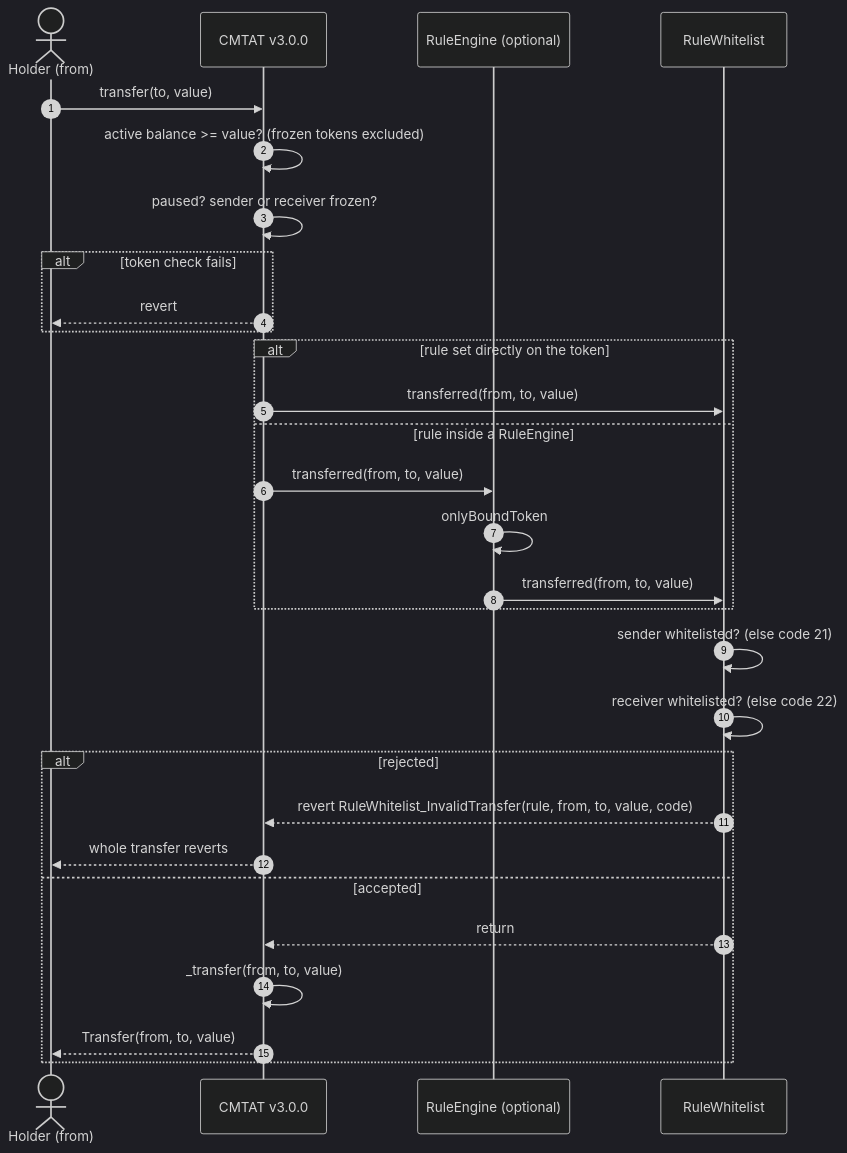
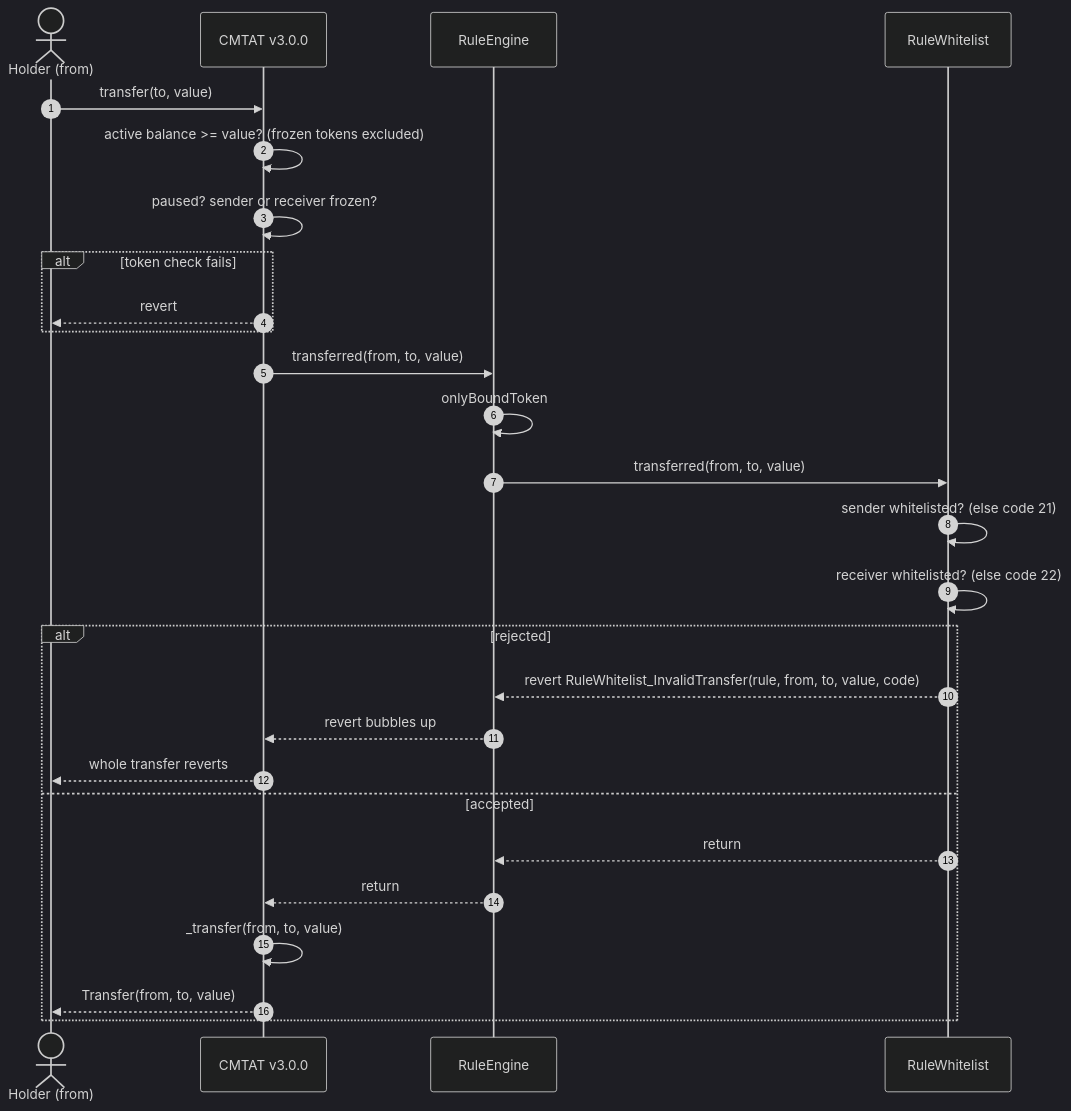
One commit to CMTA/Rules changed the fourth of 4 diagrams in doc/technical/guides/DEPLOY_RULE_WHITELIST_CMTAT_V3.0.0.md. Above: the diagram before and after it, drawn with Mermaid (dark theme). The commit also changed other lines of this file and 18 other files, not shown here.

Commit message:
docs: split the RuleWhitelist mint and transfer diagrams into rule-on-token and RuleEngine versions, and explain the Schema diagrams on each contract page

````diff
--- a/doc/technical/guides/DEPLOY_RULE_WHITELIST_CMTAT_V3.0.0.md
+++ b/doc/technical/guides/DEPLOY_RULE_WHITELIST_CMTAT_V3.0.0.md
@@ -161,32 +228,30 @@
 ```mermaid
 sequenceDiagram
     autonumber
     actor Holder as Holder (from)
     participant Token as CMTAT v3.0.0
-    participant Engine as RuleEngine (optional)
+    participant Engine as RuleEngine
     participant Rule as RuleWhitelist
 
     Holder->>Token: transfer(to, value)
     Token->>Token: active balance >= value? (frozen tokens excluded)
     Token->>Token: paused? sender or receiver frozen?
     alt token check fails
         Token-->>Holder: revert
     end
-    alt rule set directly on the token
-        Token->>Rule: transferred(from, to, value)
-    else rule inside a RuleEngine
-        Token->>Engine: transferred(from, to, value)
-        Engine->>Engine: onlyBoundToken
-        Engine->>Rule: transferred(from, to, value)
-    end
+    Token->>Engine: transferred(from, to, value)
+    Engine->>Engine: onlyBoundToken
+    Engine->>Rule: transferred(from, to, value)
     Rule->>Rule: sender whitelisted? (else code 21)
     Rule->>Rule: receiver whitelisted? (else code 22)
     alt rejected
-        Rule-->>Token: revert RuleWhitelist_InvalidTransfer(rule, from, to, value, code)
+        Rule-->>Engine: revert RuleWhitelist_InvalidTransfer(rule, from, to, value, code)
+        Engine-->>Token: revert bubbles up
         Token-->>Holder: whole transfer reverts
     else accepted
-        Rule-->>Token: return
+        Rule-->>Engine: return
+        Engine-->>Token: return
         Token->>Token: _transfer(from, to, value)
         Token-->>Holder: Transfer(from, to, value)
     end
 ```
````
